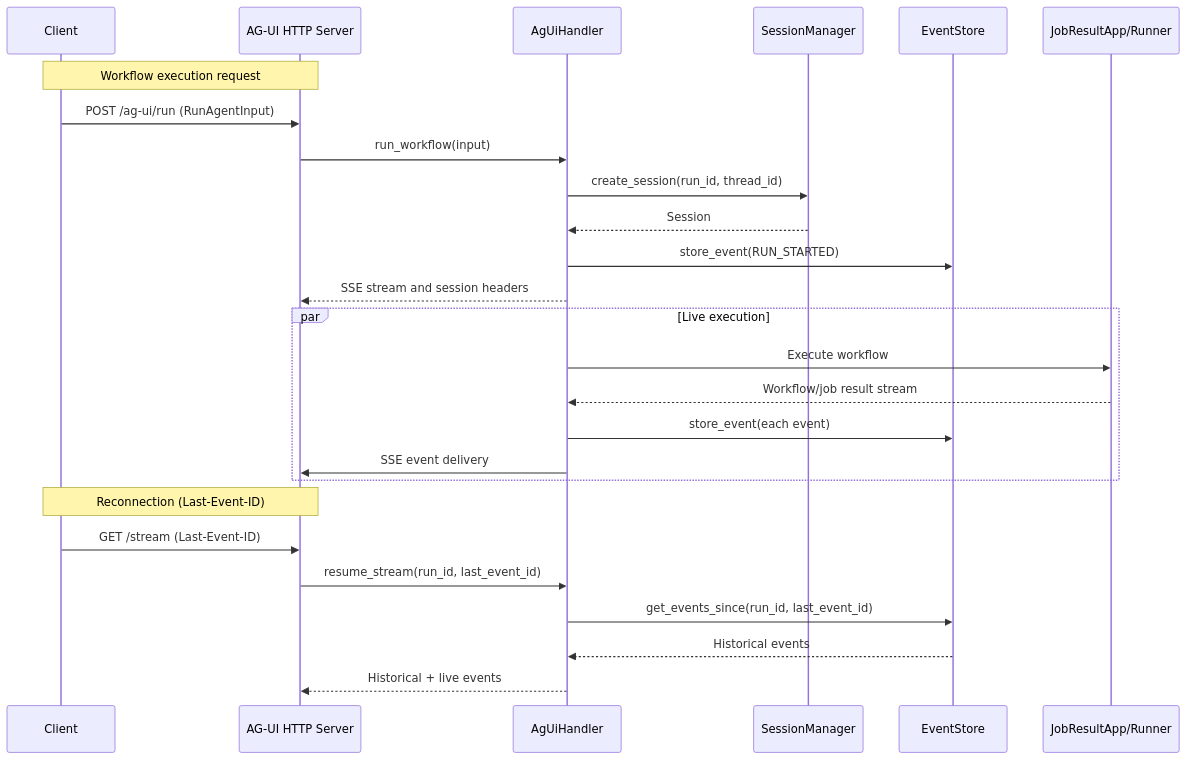
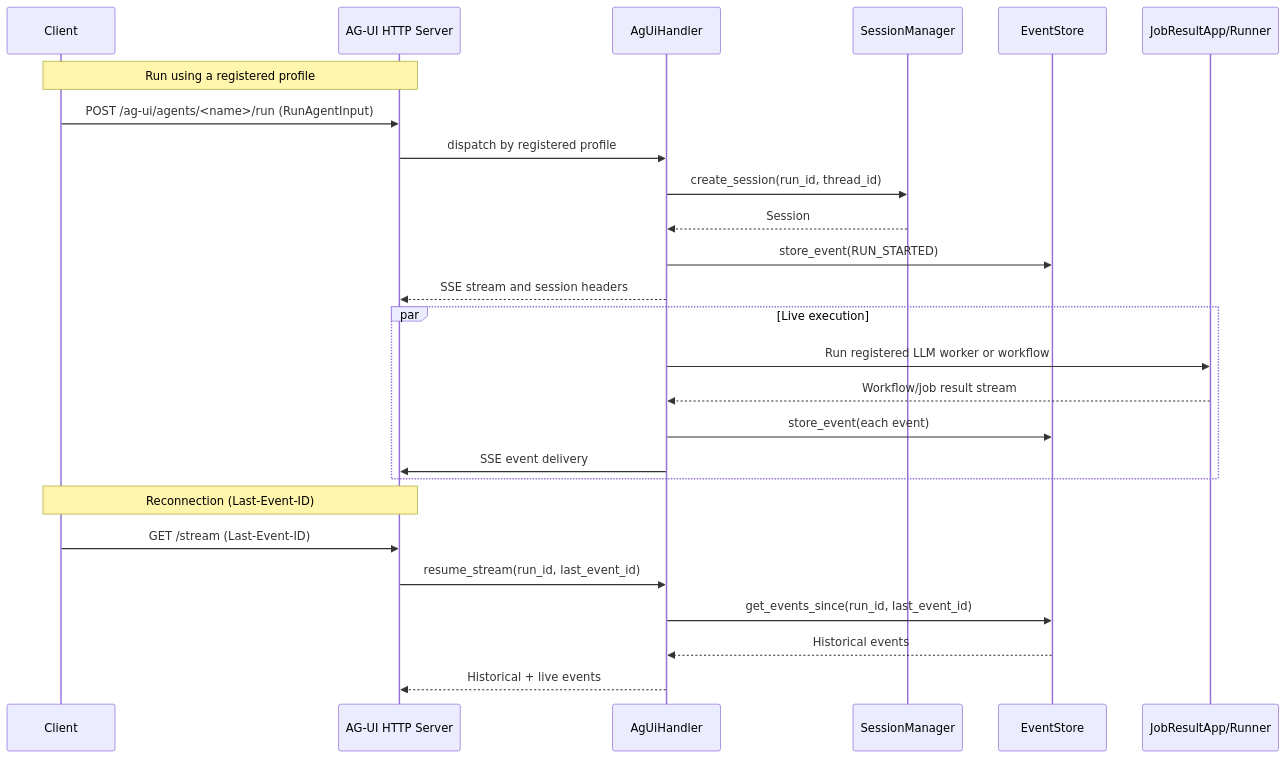
One commit to jobworkerp-rs/jobworkerp-rs changed the diagram in ag-ui-front/README.md. Above: the diagram before and after it, drawn with Mermaid. The commit also changed other lines of this file and 86 other files, not shown here.

````diff
--- a/ag-ui-front/README.md
+++ b/ag-ui-front/README.md
@@ -191,31 +186,31 @@
 ```mermaid
 sequenceDiagram
     participant Client
     participant HTTP as AG-UI HTTP Server
     participant Handler as AgUiHandler
     participant Session as SessionManager
     participant EventStore as EventStore
     participant JobApp as JobResultApp/Runner
 
-    Note over Client,HTTP: Workflow execution request
-    Client->>HTTP: POST /ag-ui/run (RunAgentInput)
-    HTTP->>Handler: run_workflow(input)
+    Note over Client,HTTP: Run using a registered profile
+    Client->>HTTP: POST /ag-ui/agents/<name>/run (RunAgentInput)
+    HTTP->>Handler: dispatch by registered profile
     Handler->>Session: create_session(run_id, thread_id)
     Session-->>Handler: Session
     Handler->>EventStore: store_event(RUN_STARTED)
     Handler-->>HTTP: SSE stream and session headers
 
     par Live execution
-        Handler->>JobApp: Execute workflow
+        Handler->>JobApp: Run registered LLM worker or workflow
         JobApp-->>Handler: Workflow/job result stream
         Handler->>EventStore: store_event(each event)
         Handler->>HTTP: SSE event delivery
     end
 
     Note over Client,HTTP: Reconnection (Last-Event-ID)
     Client->>HTTP: GET /stream (Last-Event-ID)
     HTTP->>Handler: resume_stream(run_id, last_event_id)
     Handler->>EventStore: get_events_since(run_id, last_event_id)
     EventStore-->>Handler: Historical events
     Handler-->>HTTP: Historical + live events
 ```
````
